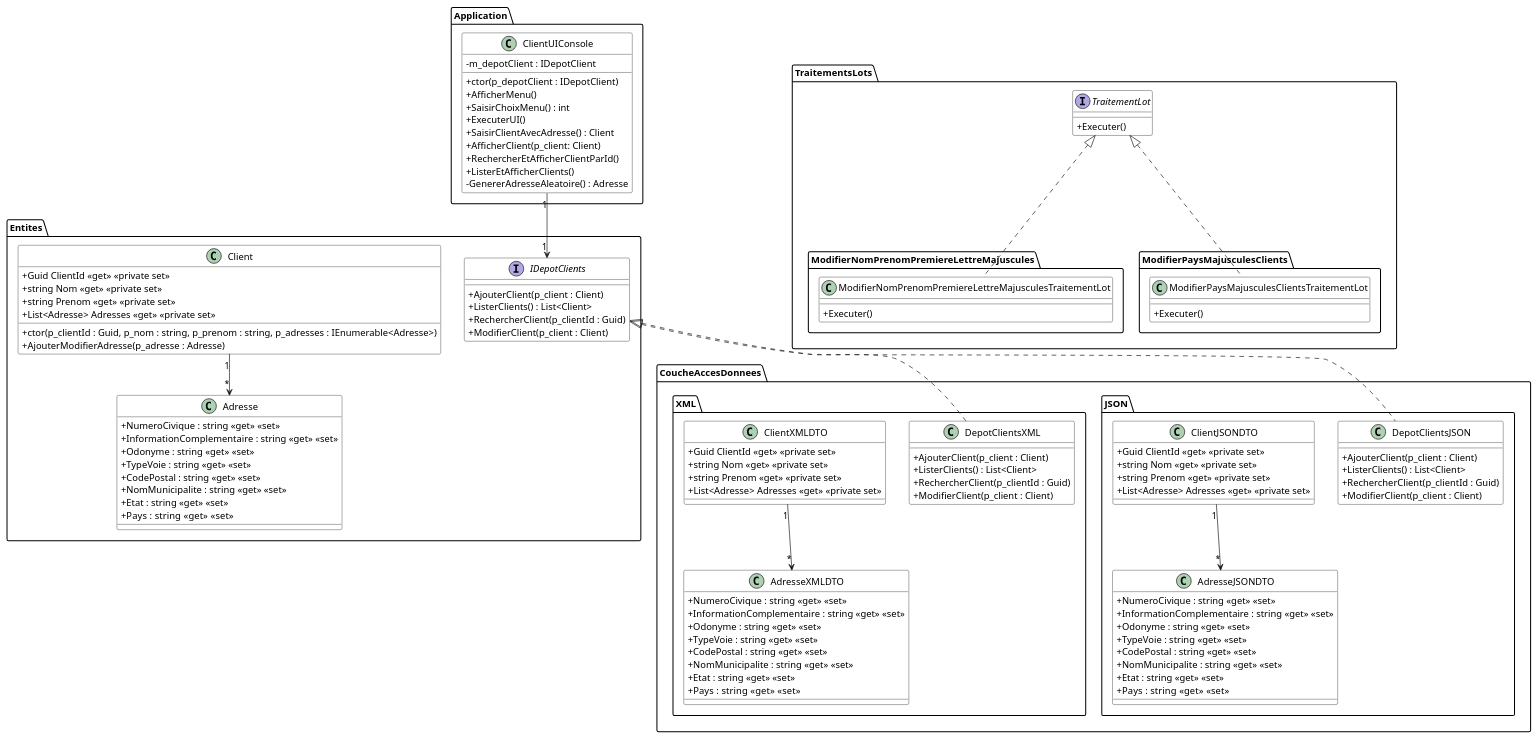
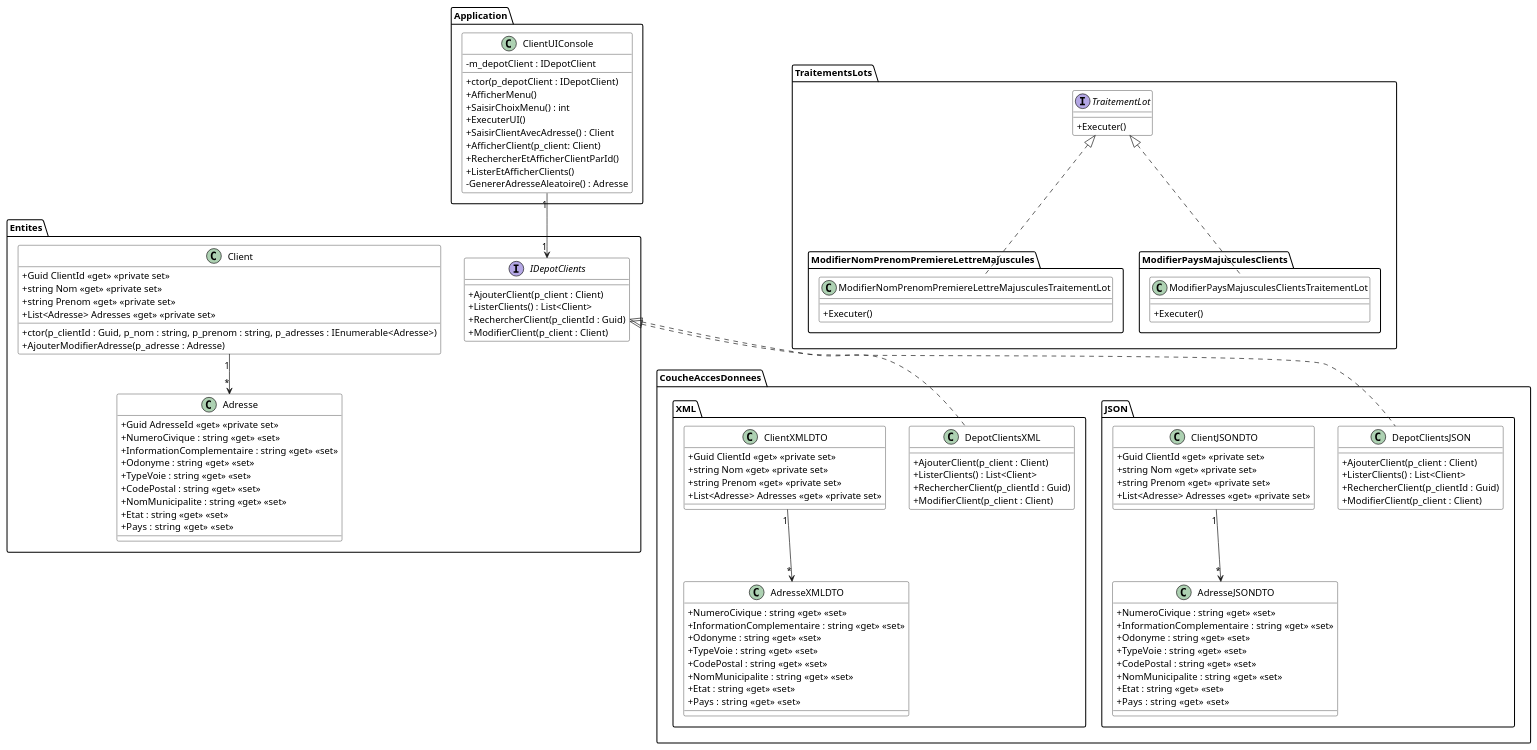
One commit to PiFou86/420-W30-SF changed the diagram in Module06_Formats_Echanges/diag/src/DiagExerciceClients.wsd. Above: the diagram before and after it, drawn with PlantUML. The commit also changed 2 other files, not shown here.

```diff
--- a/Module06_Formats_Echanges/diag/src/DiagExerciceClients.wsd
+++ b/Module06_Formats_Echanges/diag/src/DiagExerciceClients.wsd
@@ -1,148 +1,149 @@
 @startuml DiagClassesClients
 
 skinparam classAttributeIconSize 0
 skinparam class {
     BackgroundColor White
     BorderColor #000
 }
 
 
 package Entites {
     Client "1" --> "*" Adresse
 
     class Client {
         + ctor(p_clientId : Guid, p_nom : string, p_prenom : string, p_adresses : IEnumerable<Adresse>)
         + Guid ClientId <<get>> <<private set>>
         + string Nom <<get>> <<private set>>
         + string Prenom <<get>> <<private set>>
         + List<Adresse> Adresses <<get>> <<private set>>
         + AjouterModifierAdresse(p_adresse : Adresse)
     }
 
     class Adresse {
+        + Guid AdresseId <<get>> <<private set>>
         + NumeroCivique : string <<get>> <<set>>
         + InformationComplementaire : string <<get>> <<set>>
         + Odonyme : string <<get>> <<set>>
         + TypeVoie : string <<get>> <<set>>
         + CodePostal : string <<get>> <<set>>
         + NomMunicipalite : string <<get>> <<set>>
         + Etat : string <<get>> <<set>>
         + Pays : string  <<get>> <<set>>
     }
 
     interface IDepotClients {
         + AjouterClient(p_client : Client)
         + ListerClients() : List<Client>
         + RechercherClient(p_clientId : Guid)
         + ModifierClient(p_client : Client)
     }
 }
 
 package CoucheAccesDonnees.JSON {
     IDepotClients <|.. DepotClientsJSON
     ClientJSONDTO "1" --> "*" AdresseJSONDTO
 
     class ClientJSONDTO {
         + Guid ClientId <<get>> <<private set>>
         + string Nom <<get>> <<private set>>
         + string Prenom <<get>> <<private set>>
         + List<Adresse> Adresses <<get>> <<private set>>
     }
 
     class AdresseJSONDTO {
         + NumeroCivique : string <<get>> <<set>>
         + InformationComplementaire : string <<get>> <<set>>
         + Odonyme : string <<get>> <<set>>
         + TypeVoie : string <<get>> <<set>>
         + CodePostal : string <<get>> <<set>>
         + NomMunicipalite : string <<get>> <<set>>
         + Etat : string <<get>> <<set>>
         + Pays : string  <<get>> <<set>>
     }
 
     class DepotClientsJSON {
         + AjouterClient(p_client : Client)
         + ListerClients() : List<Client>
         + RechercherClient(p_clientId : Guid)
         + ModifierClient(p_client : Client)
     }
 }
 
 package CoucheAccesDonnees.XML {
     IDepotClients <|.. DepotClientsXML
     ClientXMLDTO "1" --> "*" AdresseXMLDTO
 
     class ClientXMLDTO {
         + Guid ClientId <<get>> <<private set>>
         + string Nom <<get>> <<private set>>
         + string Prenom <<get>> <<private set>>
         + List<Adresse> Adresses <<get>> <<private set>>
     }
 
     class DepotClientsXML {
         + AjouterClient(p_client : Client)
         + ListerClients() : List<Client>
         + RechercherClient(p_clientId : Guid)
         + ModifierClient(p_client : Client)
     }
 
     class AdresseXMLDTO {
         + NumeroCivique : string <<get>> <<set>>
         + InformationComplementaire : string <<get>> <<set>>
         + Odonyme : string <<get>> <<set>>
         + TypeVoie : string <<get>> <<set>>
         + CodePostal : string <<get>> <<set>>
         + NomMunicipalite : string <<get>> <<set>>
         + Etat : string <<get>> <<set>>
         + Pays : string  <<get>> <<set>>
     }
 }
 
 package Application {
     ClientUIConsole "1" --> "1" IDepotClients
 
     class ClientUIConsole {
         - m_depotClient : IDepotClient
         + ctor(p_depotClient : IDepotClient)
         + AfficherMenu()
         + SaisirChoixMenu() : int
         + ExecuterUI()
         + SaisirClientAvecAdresse() : Client
         + AfficherClient(p_client: Client)
         + RechercherEtAfficherClientParId()
         + ListerEtAfficherClients()
         - GenererAdresseAleatoire() : Adresse
     }
 }
 
 package TraitementsLots {
     interface TraitementLot {
         + Executer()
     }
 }
 
 package TraitementsLots.ModifierNomPrenomPremiereLettreMajuscules {
     TraitementLot <|.. ModifierNomPrenomPremiereLettreMajusculesTraitementLot
 
     class ModifierNomPrenomPremiereLettreMajusculesTraitementLot {
         + Executer()
     }
 }
 
 package TraitementsLots.ModifierPaysMajusculesClients {
     TraitementLot <|.. ModifierPaysMajusculesClientsTraitementLot
 
     class ModifierPaysMajusculesClientsTraitementLot {
         + Executer()
     }
 }
 
 ' TraitementsLots <.. TraitementsLots.ModifierNomPrenomPremiereLettreMajuscules
 ' TraitementsLots <.. TraitementsLots.ModifierPaysMajusculesClients
 
 ' Entites <.. CoucheAccesDonnees.JSON
 ' Entites <.. CoucheAccesDonnees.XML
 ' Entites <.. Application
 ' Entites <.. TraitementsLots
 
 @enduml
```
